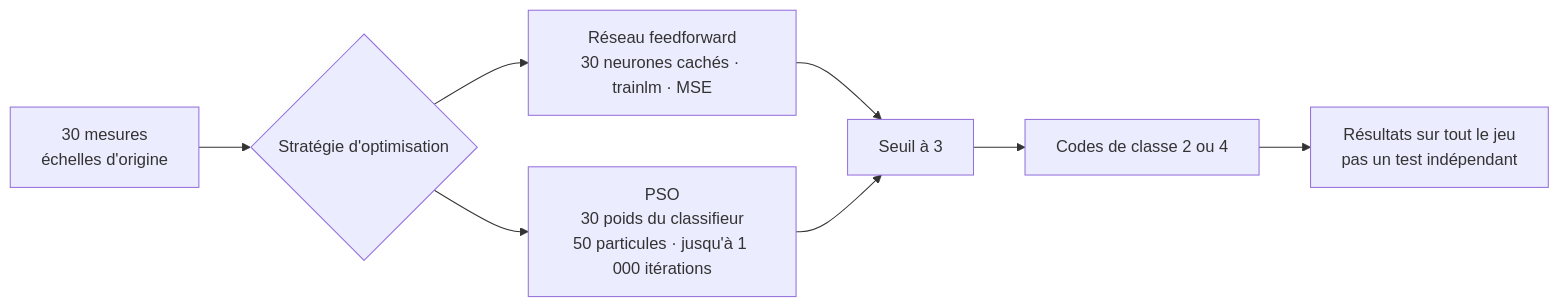
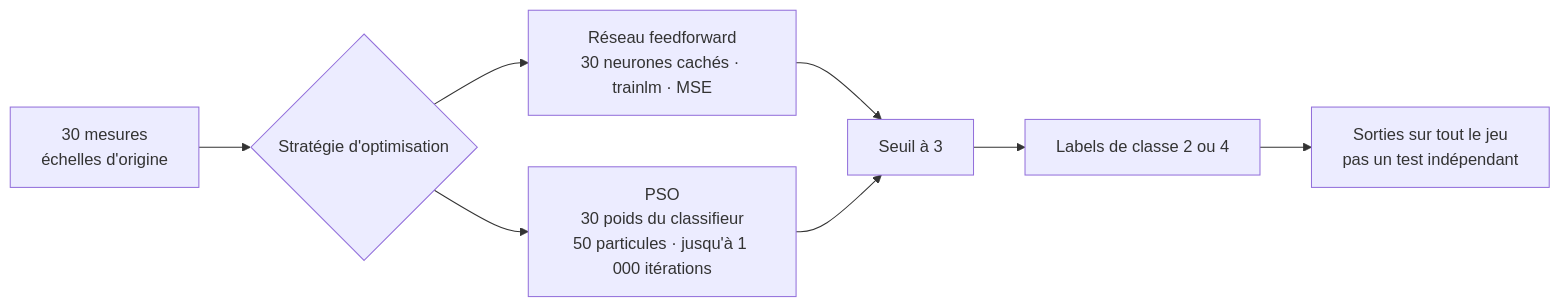
One commit to mlmdc/PSO_NN_bc changed the second of 2 diagrams in README.md. Above: the diagram before and after it, drawn with Mermaid. The commit also changed other lines of this file, not shown here.

````diff
--- a/README.md
+++ b/README.md
@@ -76,10 +76,10 @@
 ```mermaid
 flowchart LR
     A["30 mesures<br/>échelles d'origine"] --> B{"Stratégie d'optimisation"}
     B --> C["Réseau feedforward<br/>30 neurones cachés · trainlm · MSE"]
     B --> D["PSO<br/>30 poids du classifieur<br/>50 particules · jusqu'à 1 000 itérations"]
     C --> E["Seuil à 3"]
     D --> E
-    E --> F["Codes de classe 2 ou 4"]
-    F --> G["Résultats sur tout le jeu<br/>pas un test indépendant"]
+    E --> F["Labels de classe 2 ou 4"]
+    F --> G["Sorties sur tout le jeu<br/>pas un test indépendant"]
 ```
````
